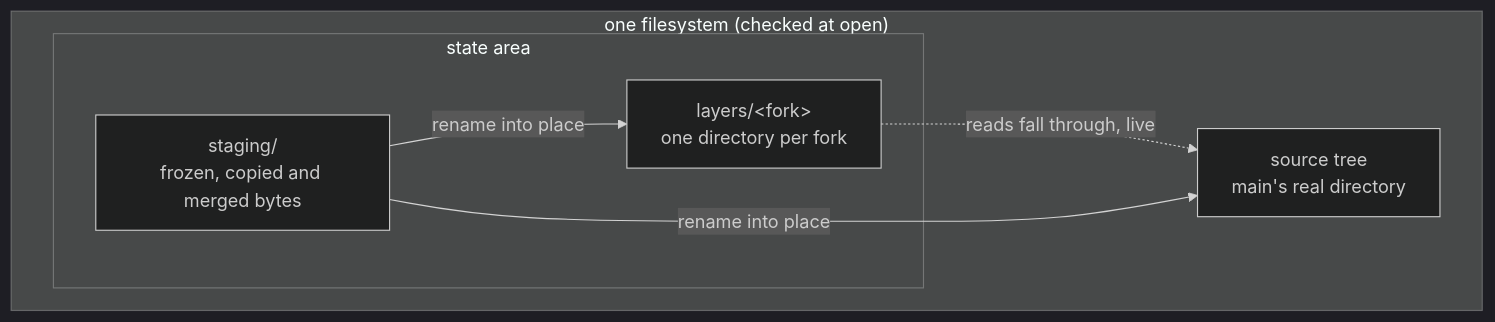
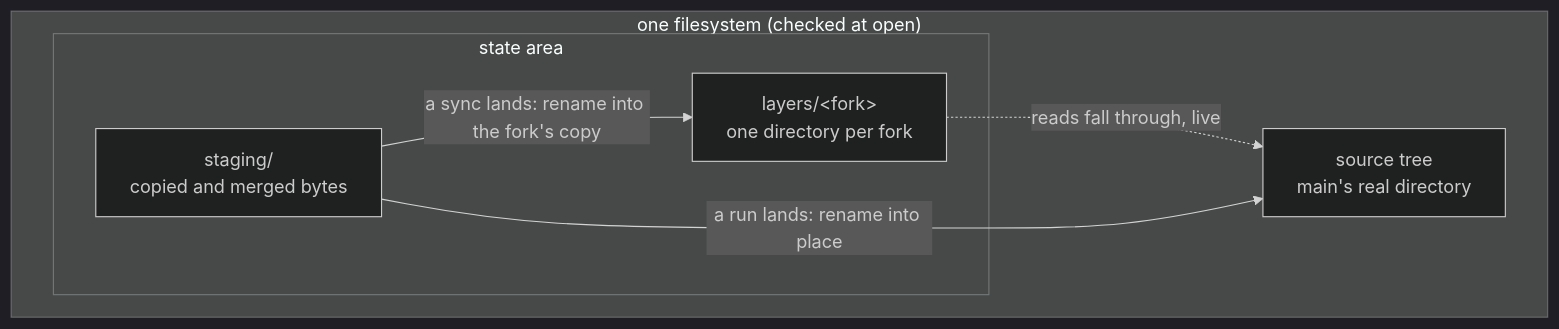
Before and after one commit to mcurcio/agentfs: the first of 4 diagrams in docs/target-architecture/domains/trees.md, drawn with Mermaid (dark theme). The commit also changed other lines of this file and 12 other files, not shown here.

````diff
--- a/docs/target-architecture/domains/trees.md
+++ b/docs/target-architecture/domains/trees.md
@@ -51,13 +54,13 @@
 ```mermaid
 flowchart TB
   subgraph SA["one filesystem (checked at open)"]
     SRC["source tree<br/>main's real directory"]
     subgraph ST["state area"]
       LY["layers/&lt;fork&gt;<br/>one directory per fork"]
-      SG["staging/<br/>frozen, copied and merged bytes"]
+      SG["staging/<br/>copied and merged bytes"]
     end
   end
   LY -.->|reads fall through, live| SRC
-  SG -->|rename into place| SRC
-  SG -->|rename into place| LY
+  SG -->|a run lands: rename into place| SRC
+  SG -->|a sync lands: rename into the fork's copy| LY
 ```
````
